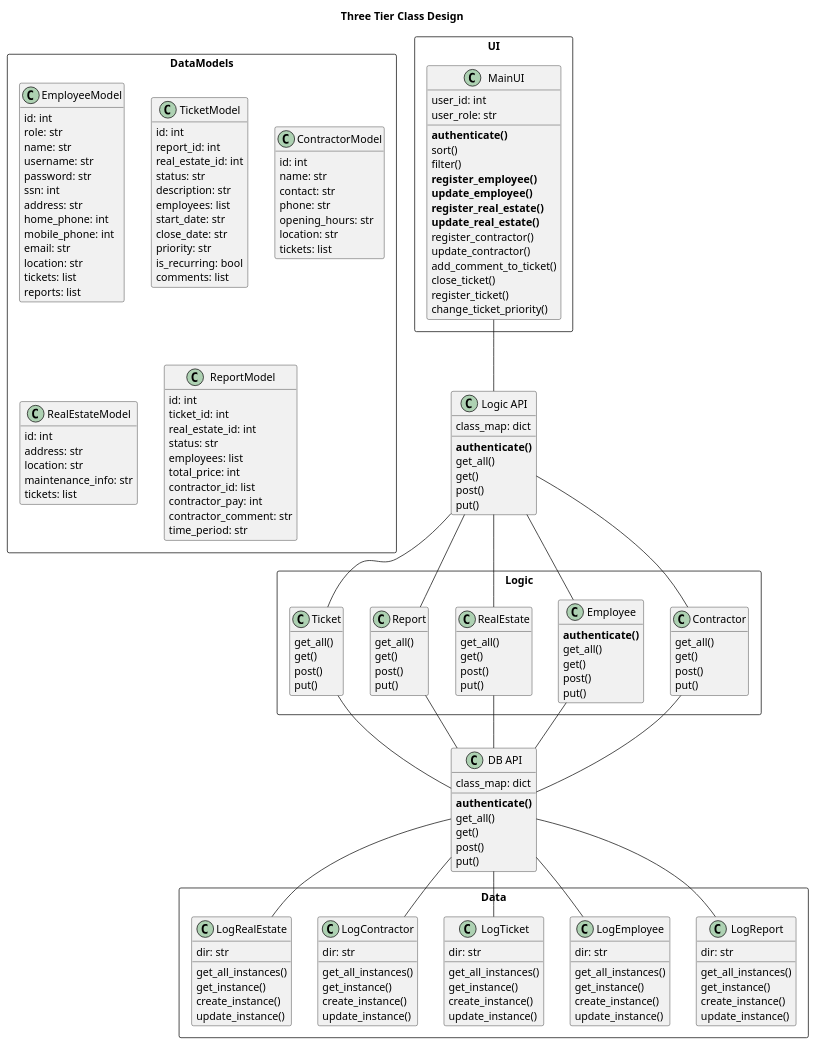
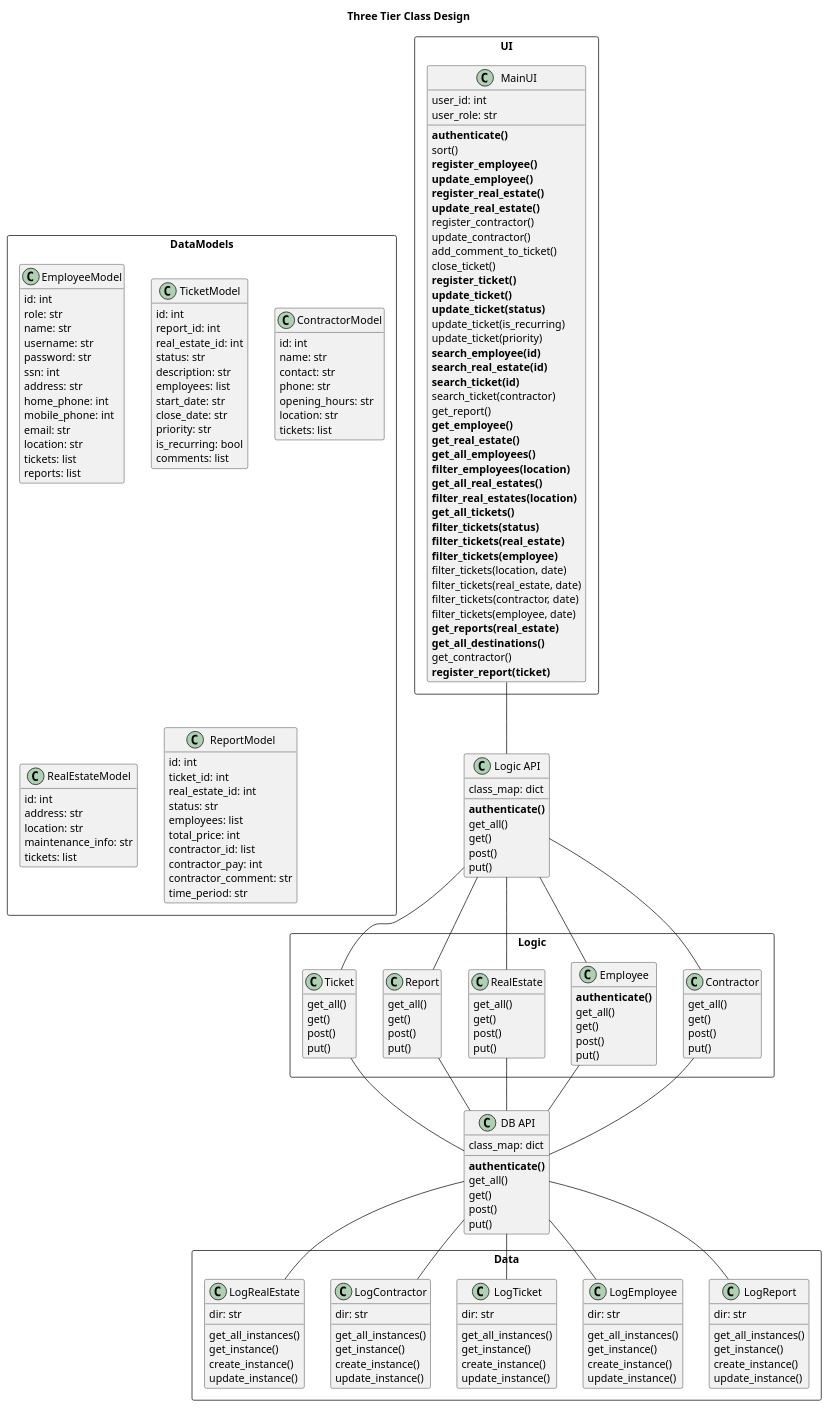
Before and after one commit to unnar19/pepsi-max: the diagram in design/class_diagrams/three_tier_II.puml, drawn with PlantUML.

Commit message:
Update class diagram

```diff
--- a/design/class_diagrams/three_tier_II.puml
+++ b/design/class_diagrams/three_tier_II.puml
@@ -12,7 +12,6 @@
         user_role: str
         **authenticate()**
         sort()
-        filter()
         **register_employee()**
         **update_employee()**
         **register_real_estate()**
@@ -21,8 +20,41 @@
         update_contractor()
         add_comment_to_ticket()
         close_ticket()
-        register_ticket()
-        change_ticket_priority()
+        **register_ticket()**
+        **update_ticket()**
+        **update_ticket(status)**
+        update_ticket(is_recurring)
+        update_ticket(priority)
+        **search_employee(id)**
+        **search_real_estate(id)**
+        **search_ticket(id)**
+        search_ticket(contractor)
+        get_report()
+        **get_employee()**
+        **get_real_estate()**
+        **get_all_employees()**
+        **filter_employees(location)**
+        **get_all_real_estates()**
+        **filter_real_estates(location)**
+        **get_all_tickets()**
+        **filter_tickets(status)**
+        **filter_tickets(real_estate)**
+        **filter_tickets(employee)**
+        filter_tickets(location, date)
+        filter_tickets(real_estate, date)
+        filter_tickets(contractor, date)
+        filter_tickets(employee, date)
+        **get_reports(real_estate)**
+        **get_all_destinations()**
+        get_contractor()
+        **register_report(ticket)**
+
+
+
+
+
+
+
 
 
     }
```
